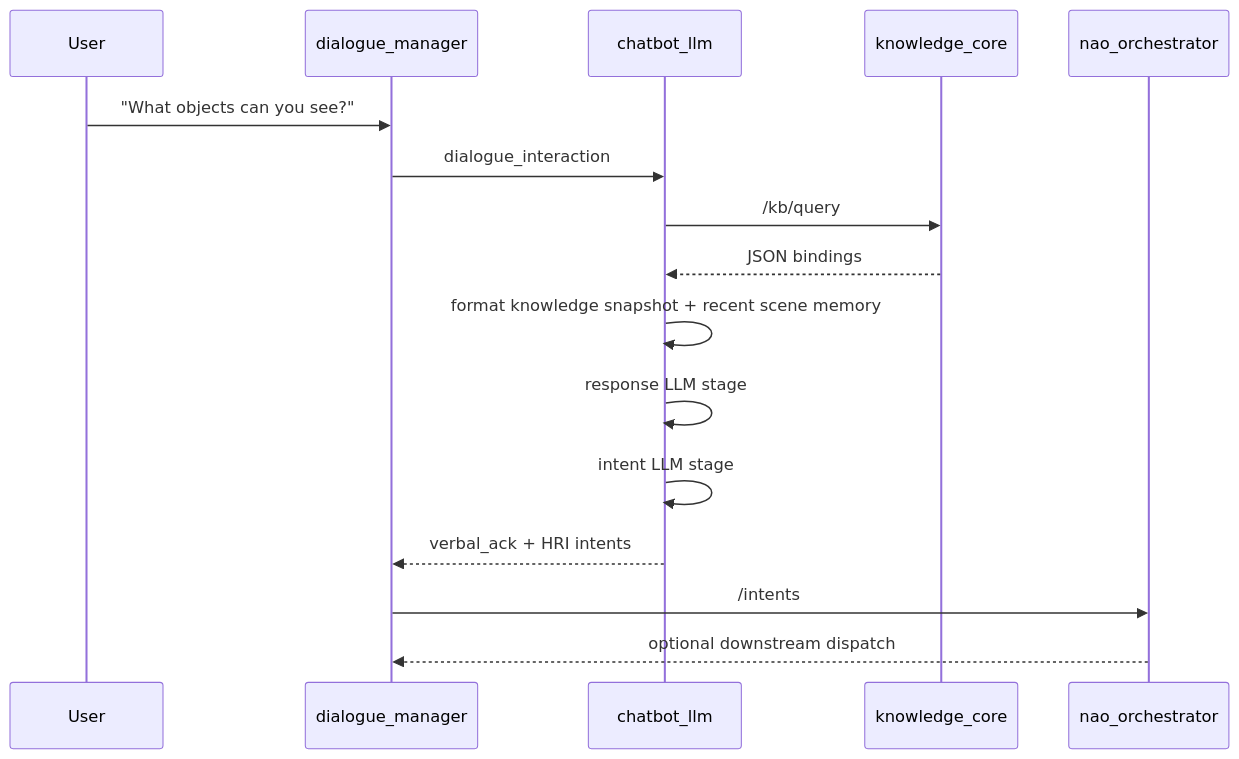
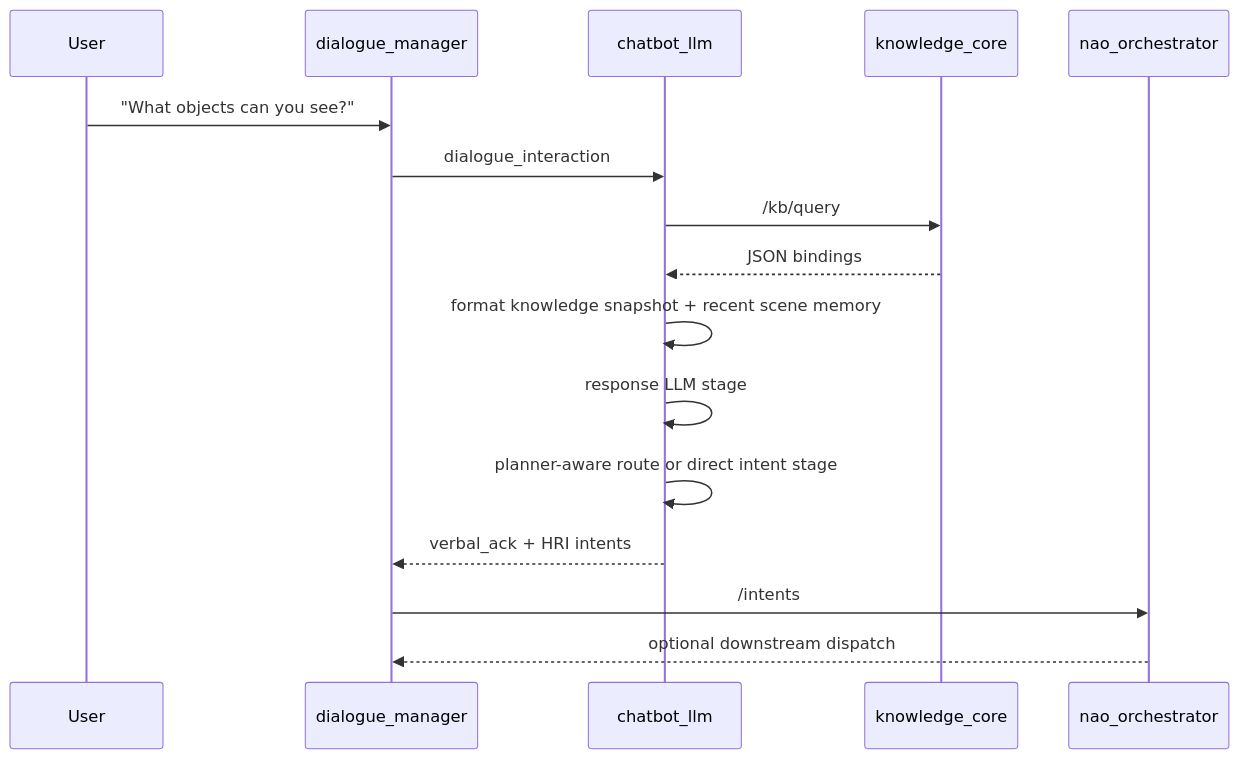
The third of 3 diagrams in docs/demo_status_and_contracts.md (ieverythng/nao-ros4hri-bridge), drawn with Mermaid before and after one commit. The commit also changed other lines of this file and 16 other files, not shown here.

````diff
--- a/docs/demo_status_and_contracts.md
+++ b/docs/demo_status_and_contracts.md
@@ -88,19 +88,19 @@
 ```mermaid
 sequenceDiagram
     participant User
     participant DM as dialogue_manager
     participant C as chatbot_llm
     participant KB as knowledge_core
     participant O as nao_orchestrator
 
     User->>DM: "What objects can you see?"
     DM->>C: dialogue_interaction
     C->>KB: /kb/query
     KB-->>C: JSON bindings
     C->>C: format knowledge snapshot + recent scene memory
     C->>C: response LLM stage
-    C->>C: intent LLM stage
+    C->>C: planner-aware route or direct intent stage
     C-->>DM: verbal_ack + HRI intents
     DM->>O: /intents
     O-->>DM: optional downstream dispatch
 ```
````
